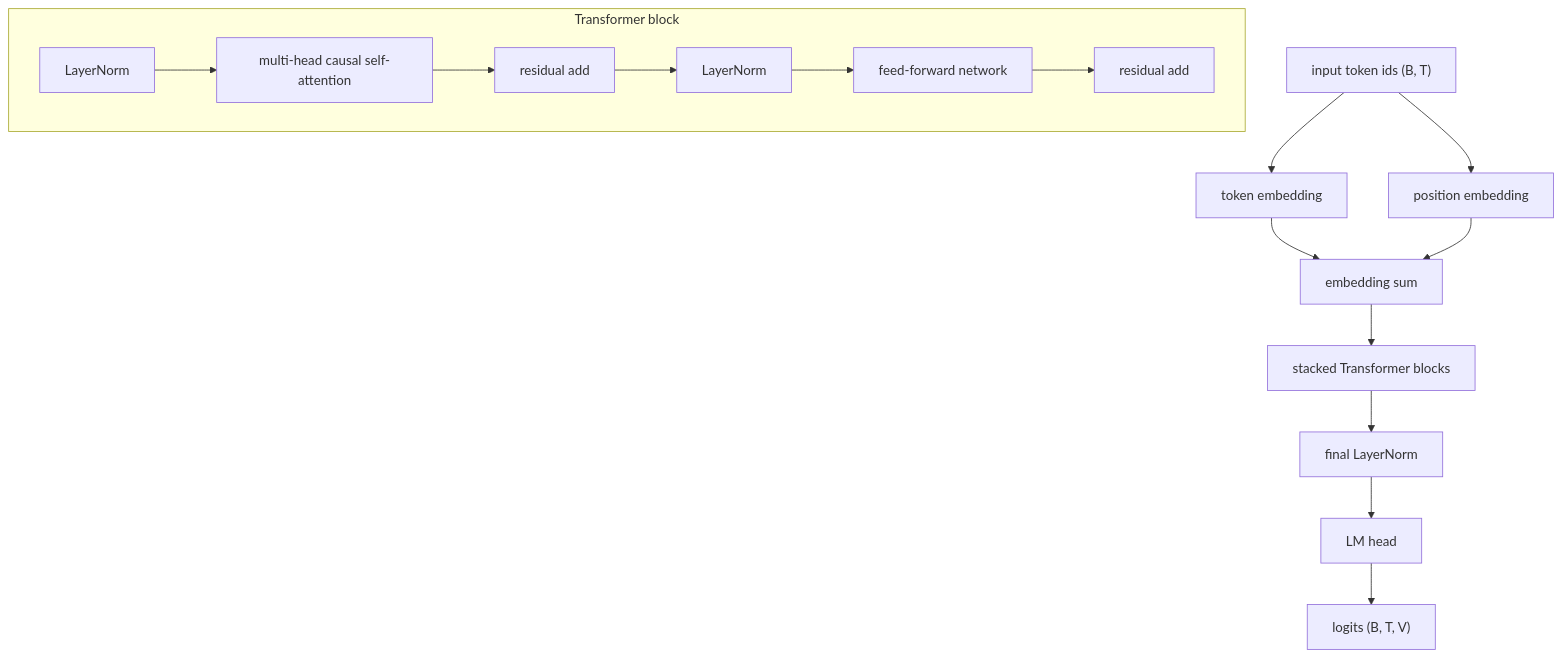
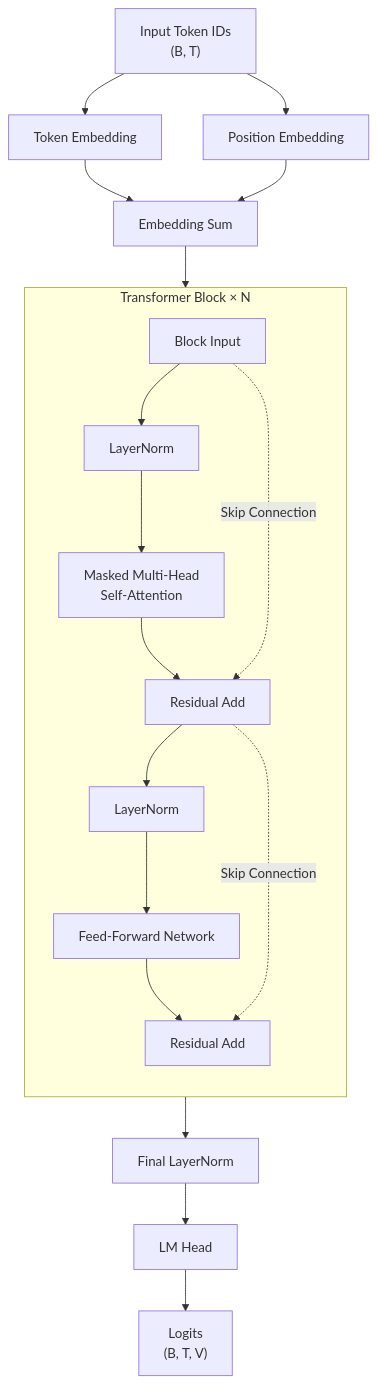
Before and after one commit to Daehohamin/Tiny_GPT: the diagram in README.md, drawn with Mermaid. The commit also changed other lines of this file and 8 other files, not shown here.

````diff
--- a/README.md
+++ b/README.md
@@ -39,19 +58,22 @@
 ```mermaid
 flowchart TD
-    A["input token ids (B, T)"] --> B["token embedding"]
-    A --> C["position embedding"]
-    B --> D["embedding sum"]
+    A["Input Token IDs<br/>(B, T)"] --> B["Token Embedding"]
+    A --> C["Position Embedding"]
+    B --> D["Embedding Sum"]
     C --> D
-    D --> E["stacked Transformer blocks"]
-    E --> F["final LayerNorm"]
-    F --> G["LM head"]
-    G --> H["logits (B, T, V)"]
-
-    subgraph Block["Transformer block"]
-        I["LayerNorm"] --> J["multi-head causal self-attention"]
-        J --> K["residual add"]
-        K --> L["LayerNorm"]
-        L --> M["feed-forward network"]
-        M --> N["residual add"]
+    D --> X
+    subgraph BLOCK["Transformer Block × N"]
+        direction TD
+        X["Block Input"] --> LN1["LayerNorm"]
+        LN1 --> MHA["Masked Multi-Head<br/>Self-Attention"]
+        MHA --> R1["Residual Add"]
+        X -. "Skip Connection" .-> R1
+        R1 --> LN2["LayerNorm"]
+        LN2 --> FFN["Feed-Forward Network"]
+        FFN --> R2["Residual Add"]
+        R1 -. "Skip Connection" .-> R2
     end
+    R2 --> E["Final LayerNorm"]
+    E --> F["LM Head"]
+    F --> G["Logits<br/>(B, T, V)"]
 ```
````
